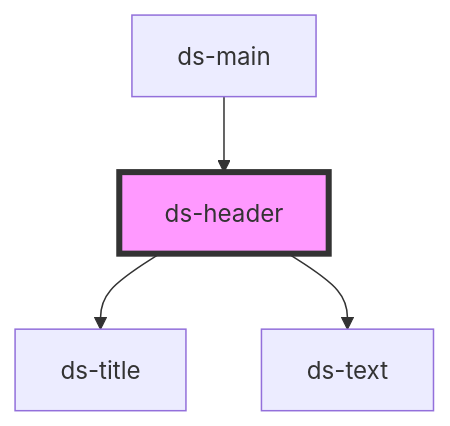
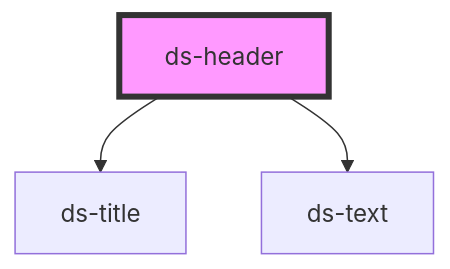
One commit to jezoock/dot-stash changed the diagram in components/core/header/readme.md. Above: the diagram before and after it, drawn with Mermaid. The commit also changed other lines of this file and 22 other files, not shown here.

````diff
--- a/components/core/header/readme.md
+++ b/components/core/header/readme.md
@@ -28,7 +24,6 @@
 ```mermaid
 graph TD;
   ds-header --> ds-title
   ds-header --> ds-text
-  ds-main --> ds-header
   style ds-header fill:#f9f,stroke:#333,stroke-width:4px
 ```
````
